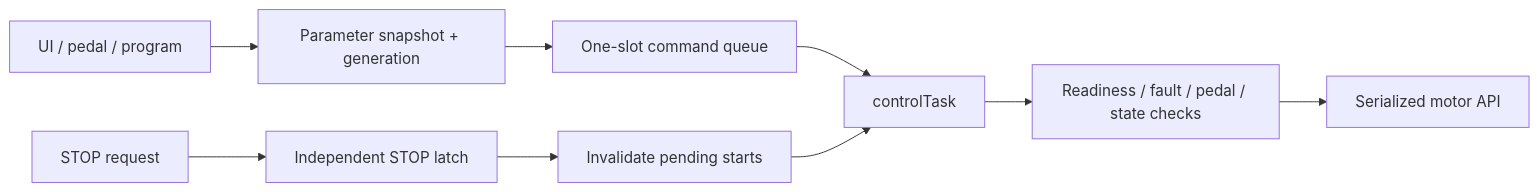
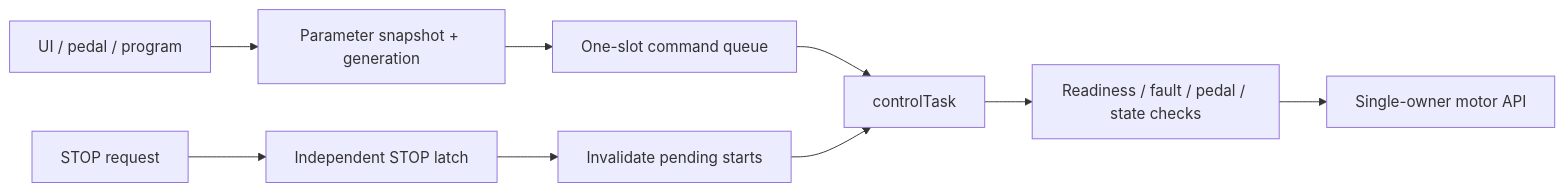
Before and after one commit to catorendal-a11y/DIY-Welding-Positioner-ESP32-P4: the diagram in PROCESS_ANALYSIS.md, drawn with Mermaid. The commit also changed other lines of this file and 34 other files, not shown here.

````diff
--- a/PROCESS_ANALYSIS.md
+++ b/PROCESS_ANALYSIS.md
@@ -20,11 +20,11 @@
 ```mermaid
 flowchart LR
   UI[UI / pedal / program] --> Request[Parameter snapshot + generation]
   Request --> Queue[One-slot command queue]
   Queue --> Control[controlTask]
   Stop[STOP request] --> Latch[Independent STOP latch]
   Latch --> Invalidate[Invalidate pending starts]
   Invalidate --> Control
   Control --> Gate[Readiness / fault / pedal / state checks]
-  Gate --> Motor[Serialized motor API]
+  Gate --> Motor[Single-owner motor API]
 ```
````
